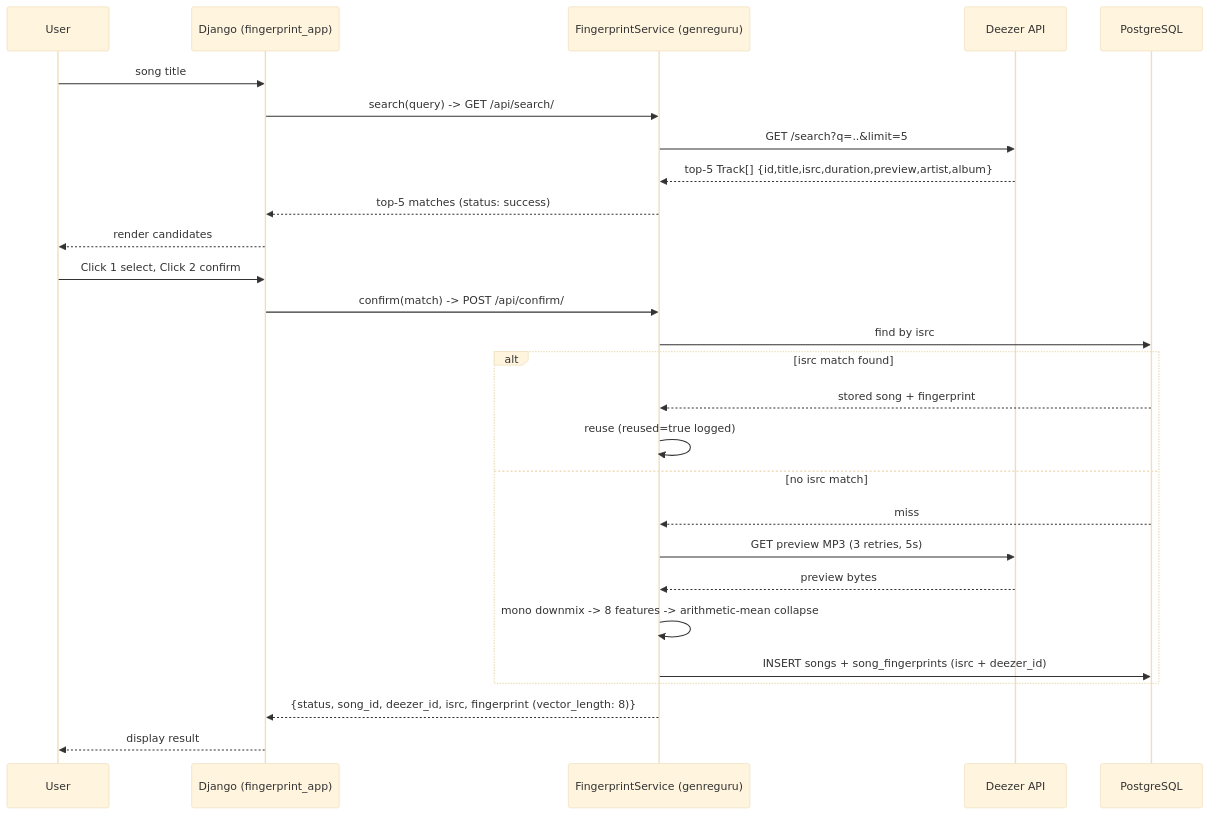
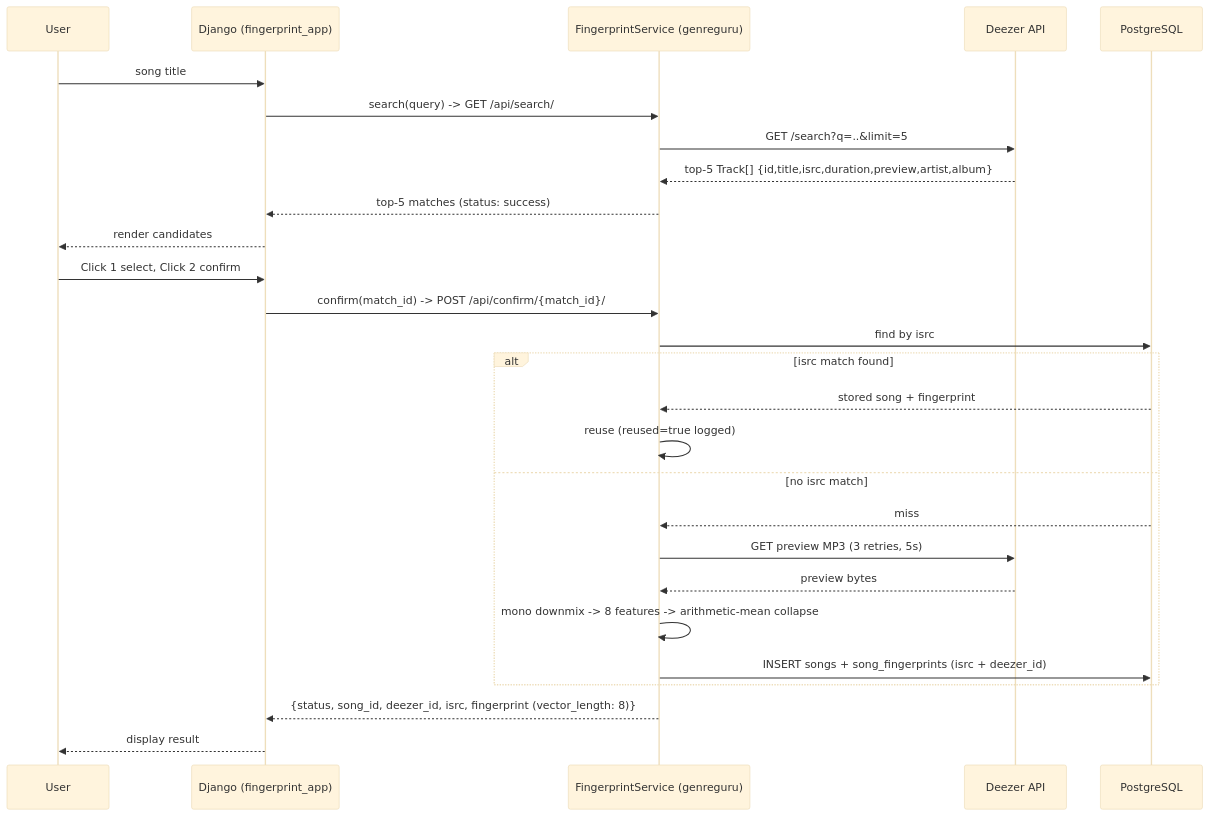
Before and after one commit to AhmedAl-Hayali/AgenticGenreGuru: the second of 2 diagrams in docs/001-song-fingerprint-engine/architecture.md, drawn with Mermaid (base theme). The commit also changed other lines of this file and 7 other files, not shown here.

````diff
--- a/docs/001-song-fingerprint-engine/architecture.md
+++ b/docs/001-song-fingerprint-engine/architecture.md
@@ -194,29 +196,29 @@
 ```mermaid
 sequenceDiagram
     participant U as User
     participant UI as Django (fingerprint_app)
     participant SVC as FingerprintService (genreguru)
     participant DZ as Deezer API
     participant DB as PostgreSQL
     U->>UI: song title
     UI->>SVC: search(query) -> GET /api/search/
     SVC->>DZ: GET /search?q=..&limit=5
     DZ-->>SVC: top-5 Track[] {id,title,isrc,duration,preview,artist,album}
     SVC-->>UI: top-5 matches (status: success)
     UI-->>U: render candidates
     U->>UI: Click 1 select, Click 2 confirm
-    UI->>SVC: confirm(match) -> POST /api/confirm/
+    UI->>SVC: confirm(match_id) -> POST /api/confirm/{match_id}/
     SVC->>DB: find by isrc
     alt isrc match found
         DB-->>SVC: stored song + fingerprint
         SVC->>SVC: reuse (reused=true logged)
     else no isrc match
         DB-->>SVC: miss
         SVC->>DZ: GET preview MP3 (3 retries, 5s)
         DZ-->>SVC: preview bytes
         SVC->>SVC: mono downmix -> 8 features -> arithmetic-mean collapse
         SVC->>DB: INSERT songs + song_fingerprints (isrc + deezer_id)
     end
     SVC-->>UI: {status, song_id, deezer_id, isrc, fingerprint (vector_length: 8)}
     UI-->>U: display result
 ```
````
